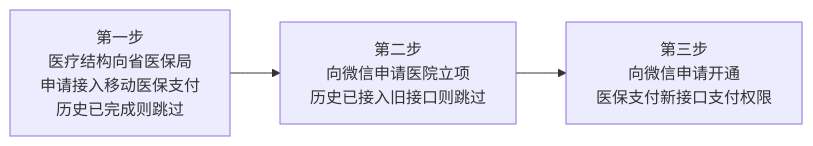
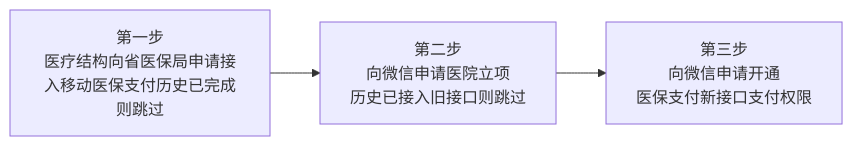
The diagram in docs/merchant/pages/4016824675.md (minibear2021/wechatpay_docs), drawn with Mermaid before and after one commit. The commit also changed other lines of this file and 46 other files, not shown here.

````diff
--- a/docs/merchant/pages/4016824675.md
+++ b/docs/merchant/pages/4016824675.md
@@ -13,14 +13,7 @@
 ```mermaid
 flowchart LR
-  A["第一步
-医疗结构向省医保局
-申请接入移动医保支付
-历史已完成则跳过"] --> B["第二步
-向微信申请医院立项
-历史已接入旧接口则跳过
-"]
-    C["第三步
-向微信申请开通
-医保支付新接口支付权限"]
+    C["第三步<br/>向微信申请开通<br/>医保支付新接口支付权限"]
+  A["第一步<br/>医疗结构向省医保局申请接入移动医保支付历史已完成则跳过"] --> B["第二步<br/>向微信申请医院立项<br/>历史已接入旧接口则跳过<br/>"]
     B --> C
+    A@{ w: 293.2, h: 102 }
 ```
````
